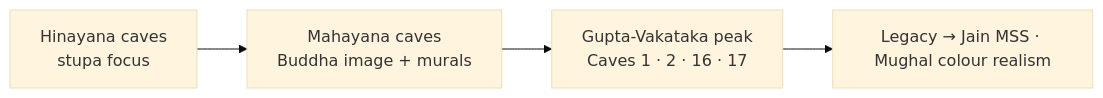
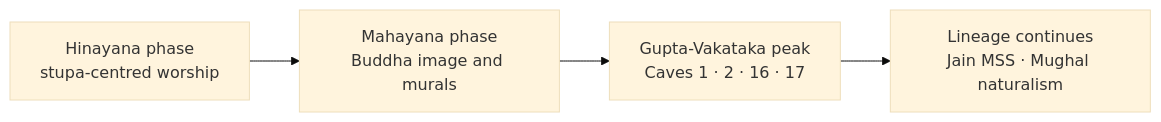
One commit to nitishpratap/UP-PCS changed the diagram in mains-pyqs/GS-1/01_Art_Culture/16_Cave_Architecture_Ajanta_Ellora.md. Above: the diagram before and after it, drawn with Mermaid (base theme). The commit also changed other lines of this file and 97 other files, not shown here.

````diff
--- a/mains-pyqs/GS-1/01_Art_Culture/16_Cave_Architecture_Ajanta_Ellora.md
+++ b/mains-pyqs/GS-1/01_Art_Culture/16_Cave_Architecture_Ajanta_Ellora.md
@@ -90,6 +84,6 @@
 ```mermaid
 flowchart LR
-  H[Hinayana caves<br/>stupa focus] --> M[Mahayana caves<br/>Buddha image + murals]
+  H[Hinayana phase<br/>stupa-centred worship] --> M[Mahayana phase<br/>Buddha image and murals]
   M --> P[Gupta-Vakataka peak<br/>Caves 1 · 2 · 16 · 17]
-  P --> L[Legacy → Jain MSS · Mughal colour realism]
+  P --> L[Lineage continues<br/>Jain MSS · Mughal naturalism]
 ```
````
